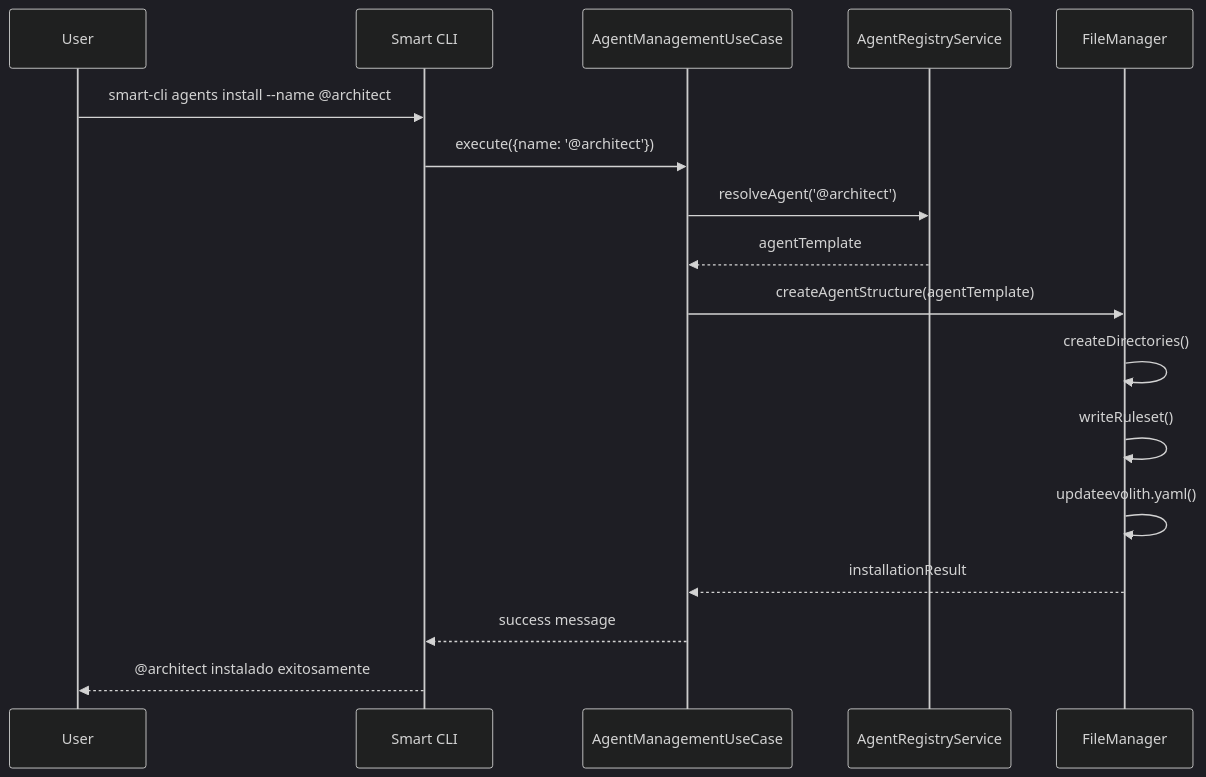
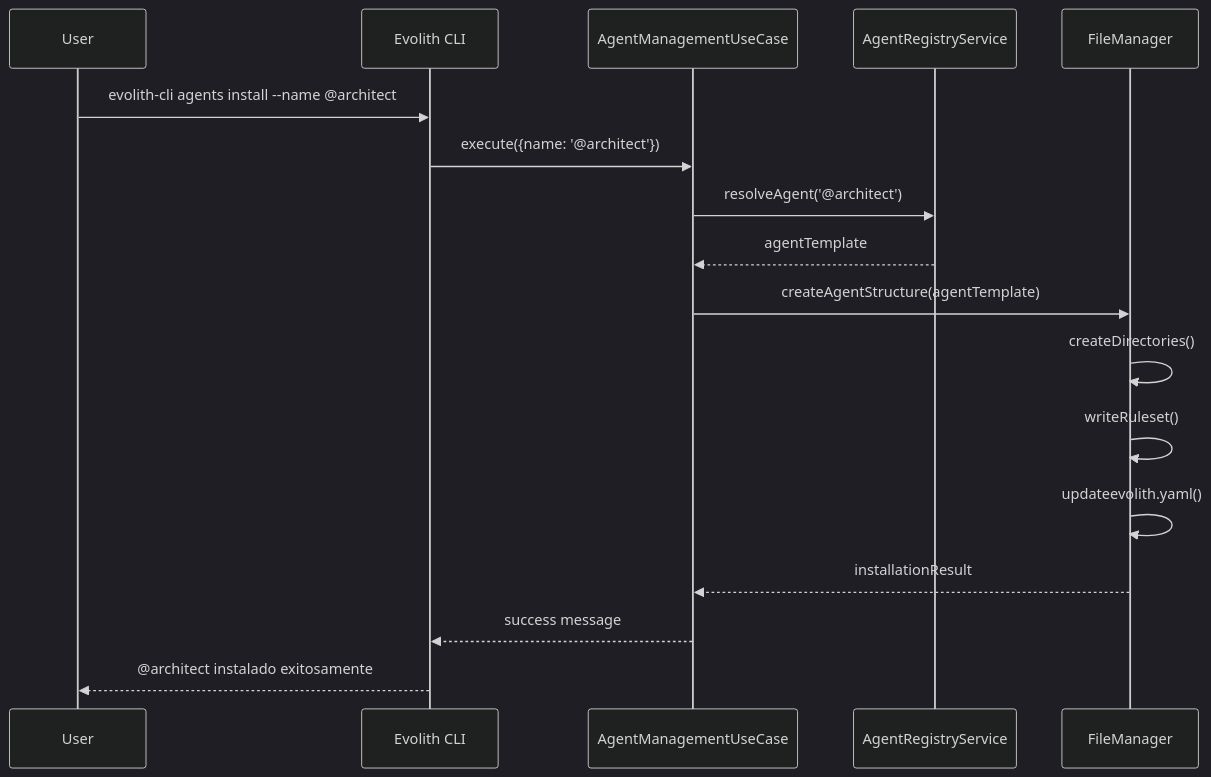
Diagram 12 of 14 in src/sdk/cli/ARCHITECTURE.es.md (beyondnetcode/evolith_arch32), drawn with Mermaid (dark theme) before and after one commit. The commit also changed other lines of this file and 195 other files, not shown here.

First line of the commit message:
refactor(brand): align "Smart CLI" → "Evolith CLI" across docs, code, npm, and assemblies

````diff
--- a/src/sdk/cli/ARCHITECTURE.es.md
+++ b/src/sdk/cli/ARCHITECTURE.es.md
@@ -500,20 +500,20 @@
 ```mermaid
 sequenceDiagram
     participant User
-    participant CLI as Smart CLI
+    participant CLI as Evolith CLI
     participant UseCase as AgentManagementUseCase
     participant Domain as AgentRegistryService
     participant Infra as FileManager
 
-    User->>CLI: smart-cli agents install --name @architect
+    User->>CLI: evolith-cli agents install --name @architect
     CLI->>UseCase: execute({name: '@architect'})
     UseCase->>Domain: resolveAgent('@architect')
     Domain-->>UseCase: agentTemplate
     UseCase->>Infra: createAgentStructure(agentTemplate)
     Infra->>Infra: createDirectories()
     Infra->>Infra: writeRuleset()
     Infra->>Infra: updateevolith.yaml()
     Infra-->>UseCase: installationResult
     UseCase-->>CLI: success message
     CLI-->>User: @architect instalado exitosamente
 ```
````
